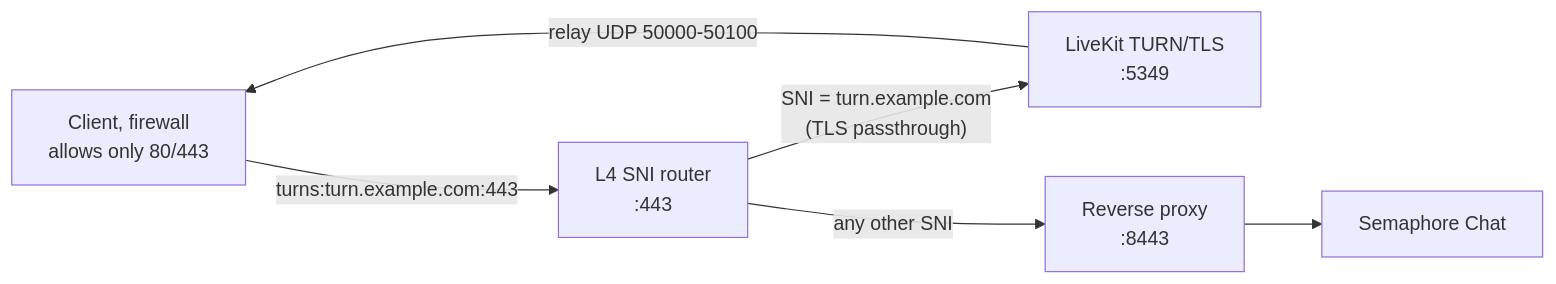
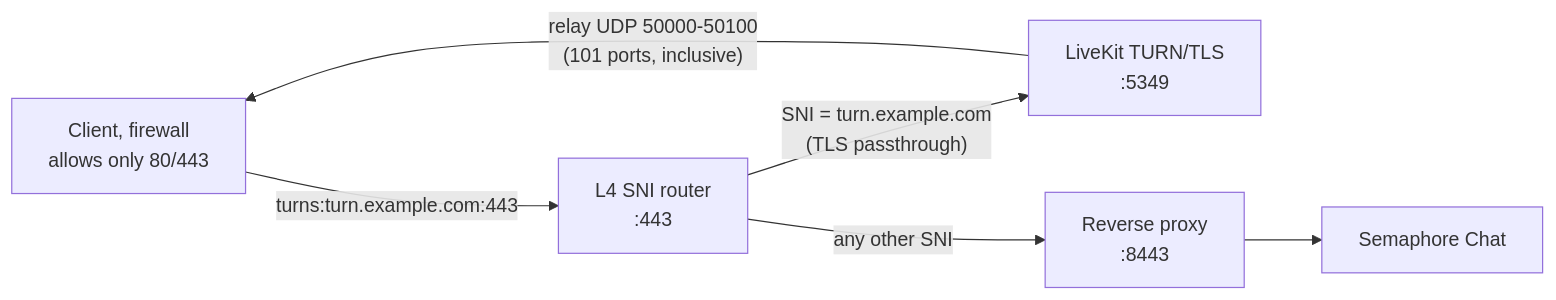
One commit to semaphore-chat/semaphore-chat changed the diagram in docs-site/docs/installation/livekit-turn.md. Above: the diagram before and after it, drawn with Mermaid. The commit also changed other lines of this file and 9 other files, not shown here.

````diff
--- a/docs-site/docs/installation/livekit-turn.md
+++ b/docs-site/docs/installation/livekit-turn.md
@@ -31,8 +31,8 @@
 ```mermaid
 graph LR
     Client[Client, firewall<br/>allows only 80/443] -->|"turns:turn.example.com:443"| SNI[L4 SNI router<br/>:443]
     SNI -->|"SNI = turn.example.com<br/>(TLS passthrough)"| LK[LiveKit TURN/TLS<br/>:5349]
     SNI -->|"any other SNI"| Proxy[Reverse proxy<br/>:8443]
     Proxy --> App[Semaphore Chat]
-    LK -->|"relay UDP 50000-50100"| Client
+    LK -->|"relay UDP 50000-50100<br/>(101 ports, inclusive)"| Client
 ```
````
